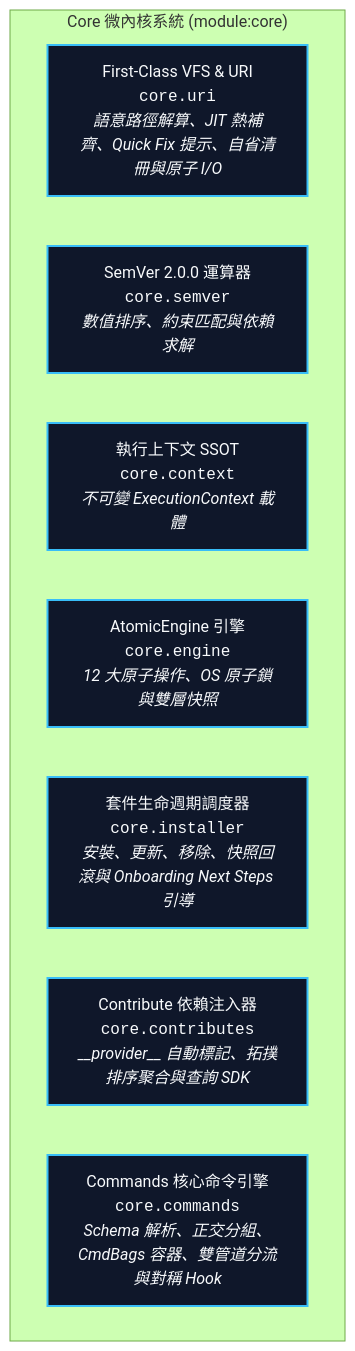
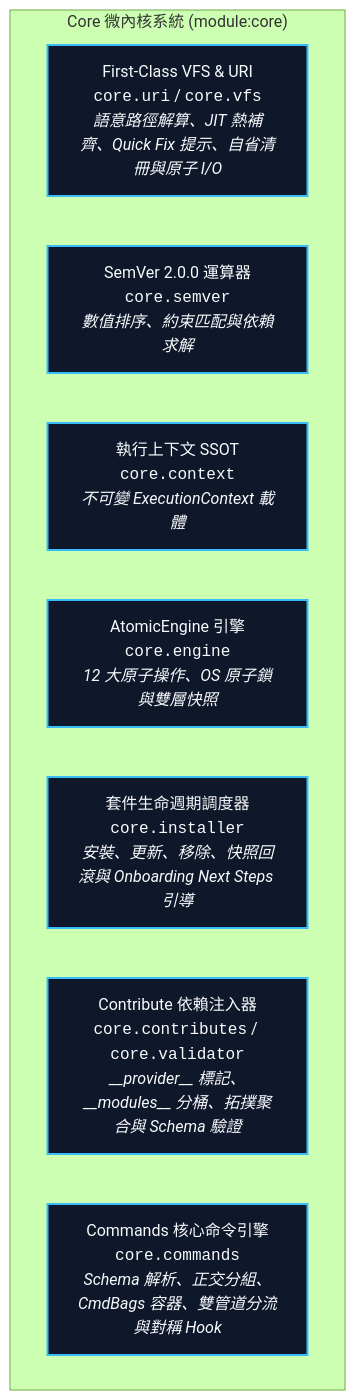
One commit to ysnaive/ys-codebase changed the diagram in docs/core/README.md. Above: the diagram before and after it, drawn with Mermaid (forest theme). The commit also changed other lines of this file and 91 other files, not shown here.

````diff
--- a/docs/core/README.md
+++ b/docs/core/README.md
@@ -13,14 +42,14 @@
 ```mermaid
 graph TD
     classDef sub fill:#0f172a,stroke:#38bdf8,stroke-width:2px,color:#f8fafc;
     
     subgraph CoreModule ["Core 微內核系統 (module:core)"]
-        VFS["First-Class VFS & URI<br/><code>core.uri</code><br/><i>語意路徑解算、JIT 熱補齊、Quick Fix 提示、自省清冊與原子 I/O</i>"]:::sub
+        VFS["First-Class VFS & URI<br/><code>core.uri</code> / <code>core.vfs</code><br/><i>語意路徑解算、JIT 熱補齊、Quick Fix 提示、自省清冊與原子 I/O</i>"]:::sub
         SemVer["SemVer 2.0.0 運算器<br/><code>core.semver</code><br/><i>數值排序、約束匹配與依賴求解</i>"]:::sub
         Context["執行上下文 SSOT<br/><code>core.context</code><br/><i>不可變 ExecutionContext 載體</i>"]:::sub
         Engine["AtomicEngine 引擎<br/><code>core.engine</code><br/><i>12 大原子操作、OS 原子鎖與雙層快照</i>"]:::sub
         Installer["套件生命週期調度器<br/><code>core.installer</code><br/><i>安裝、更新、移除、快照回滾與 Onboarding Next Steps 引導</i>"]:::sub
-        Contributes["Contribute 依賴注入器<br/><code>core.contributes</code><br/><i>__provider__ 自動標記、拓撲排序聚合與查詢 SDK</i>"]:::sub
+        Contributes["Contribute 依賴注入器<br/><code>core.contributes</code> / <code>core.validator</code><br/><i>__provider__ 標記、__modules__ 分桶、拓撲聚合與 Schema 驗證</i>"]:::sub
         Commands["Commands 核心命令引擎<br/><code>core.commands</code><br/><i>Schema 解析、正交分組、CmdBags 容器、雙管道分流與對稱 Hook</i>"]:::sub
     end
 ```
````
